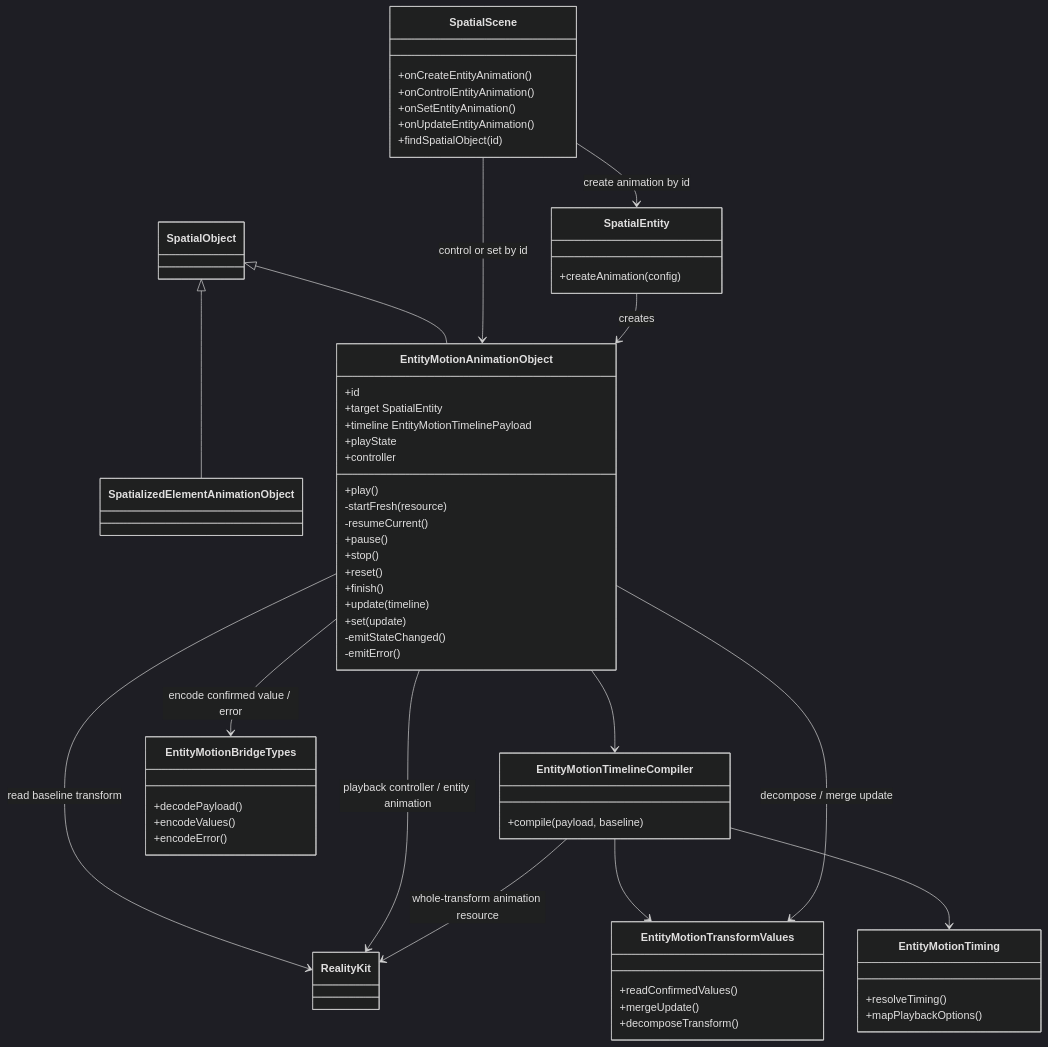
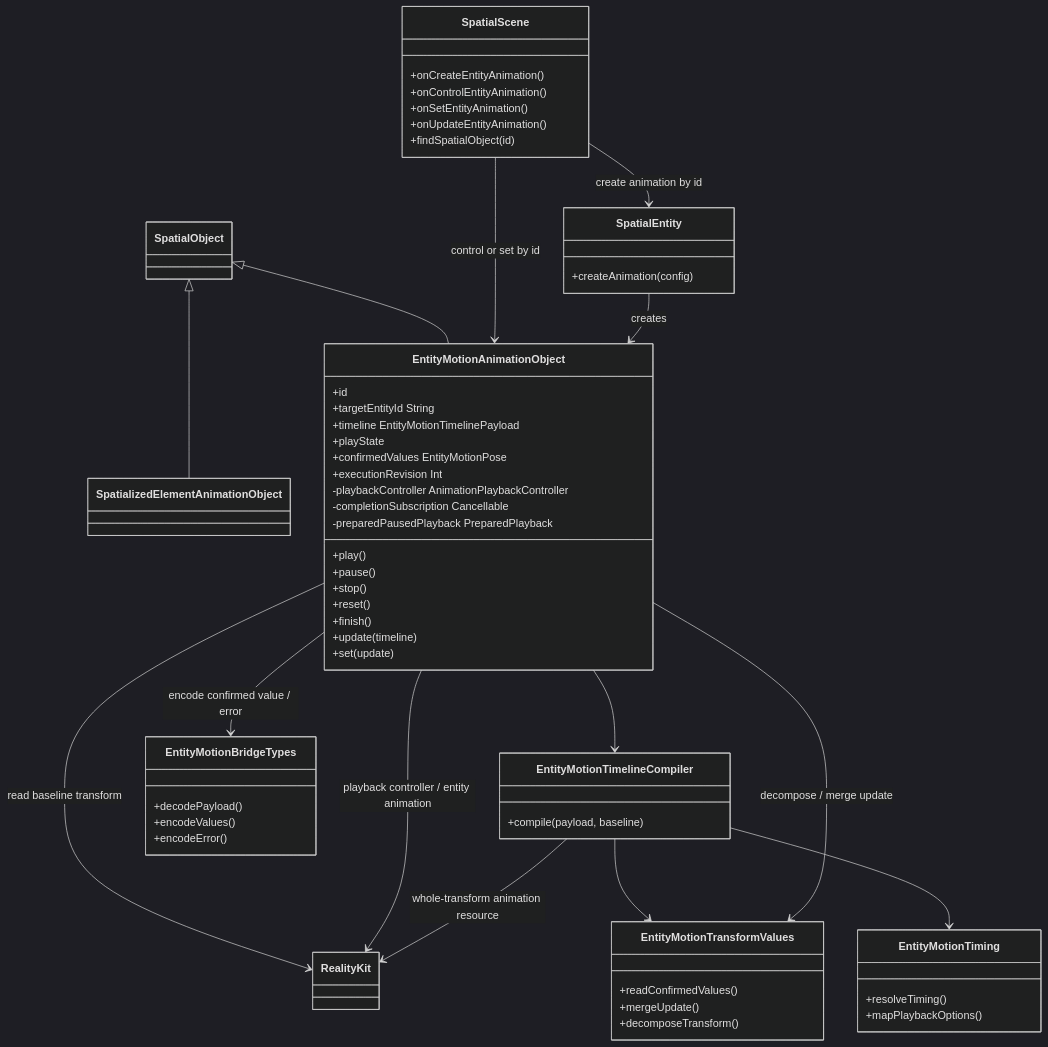
The seventh of 14 diagrams in openspec/changes/redesign-entity-motion-api/design.md (webspatial/webspatial-sdk), drawn with Mermaid (dark theme) before and after one commit. The commit also changed other lines of this file and 1 other file, not shown here.

Commit message:
docs(entity-motion): align design with final implementation

````diff
--- a/openspec/changes/redesign-entity-motion-api/design.md
+++ b/openspec/changes/redesign-entity-motion-api/design.md
@@ -923,65 +923,65 @@
 ```mermaid
 classDiagram
     class SpatialObject
     class SpatializedElementAnimationObject
     class SpatialScene {
         +onCreateEntityAnimation()
         +onControlEntityAnimation()
         +onSetEntityAnimation()
         +onUpdateEntityAnimation()
         +findSpatialObject(id)
     }
     class SpatialEntity {
         +createAnimation(config)
     }
     class EntityMotionAnimationObject {
         +id
-        +target SpatialEntity
+        +targetEntityId String
         +timeline EntityMotionTimelinePayload
         +playState
-        +controller
+        +confirmedValues EntityMotionPose
+        +executionRevision Int
+        -playbackController AnimationPlaybackController
+        -completionSubscription Cancellable
+        -preparedPausedPlayback PreparedPlayback
         +play()
-        -startFresh(resource)
-        -resumeCurrent()
         +pause()
         +stop()
         +reset()
         +finish()
         +update(timeline)
         +set(update)
-        -emitStateChanged()
-        -emitError()
     }
     class EntityMotionTimelineCompiler {
         +compile(payload, baseline)
     }
     class EntityMotionBridgeTypes {
         +decodePayload()
         +encodeValues()
         +encodeError()
     }
     class EntityMotionTiming {
         +resolveTiming()
         +mapPlaybackOptions()
     }
     class EntityMotionTransformValues {
         +readConfirmedValues()
         +mergeUpdate()
         +decomposeTransform()
     }
     class RealityKit
 
     SpatialObject <|-- SpatializedElementAnimationObject
     SpatialObject <|-- EntityMotionAnimationObject
     SpatialScene --> SpatialEntity : create animation by id
     SpatialScene --> EntityMotionAnimationObject : control or set by id
     SpatialEntity --> EntityMotionAnimationObject : creates
     EntityMotionAnimationObject --> EntityMotionTimelineCompiler
     EntityMotionTimelineCompiler --> EntityMotionTiming
     EntityMotionTimelineCompiler --> EntityMotionTransformValues
     EntityMotionAnimationObject --> RealityKit : read baseline transform
     EntityMotionAnimationObject --> EntityMotionTransformValues : decompose / merge update
     EntityMotionAnimationObject --> EntityMotionBridgeTypes : encode confirmed value / error
     EntityMotionAnimationObject --> RealityKit : playback controller / entity animation
     EntityMotionTimelineCompiler --> RealityKit : whole-transform animation resource
 ```
````
